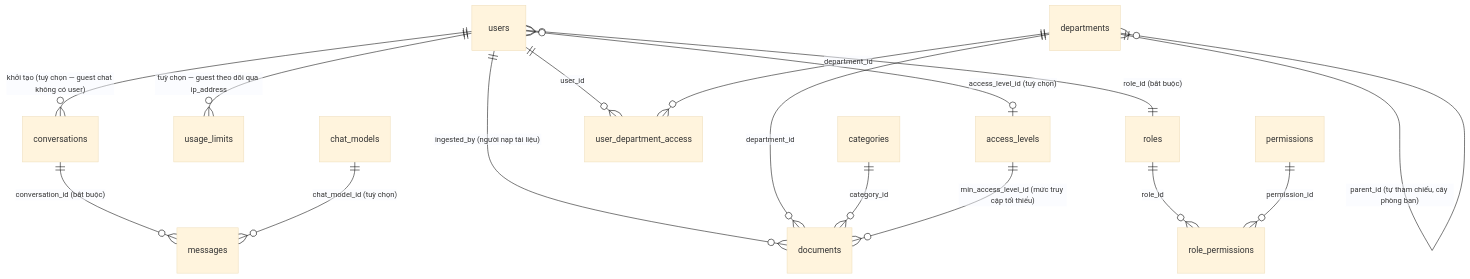
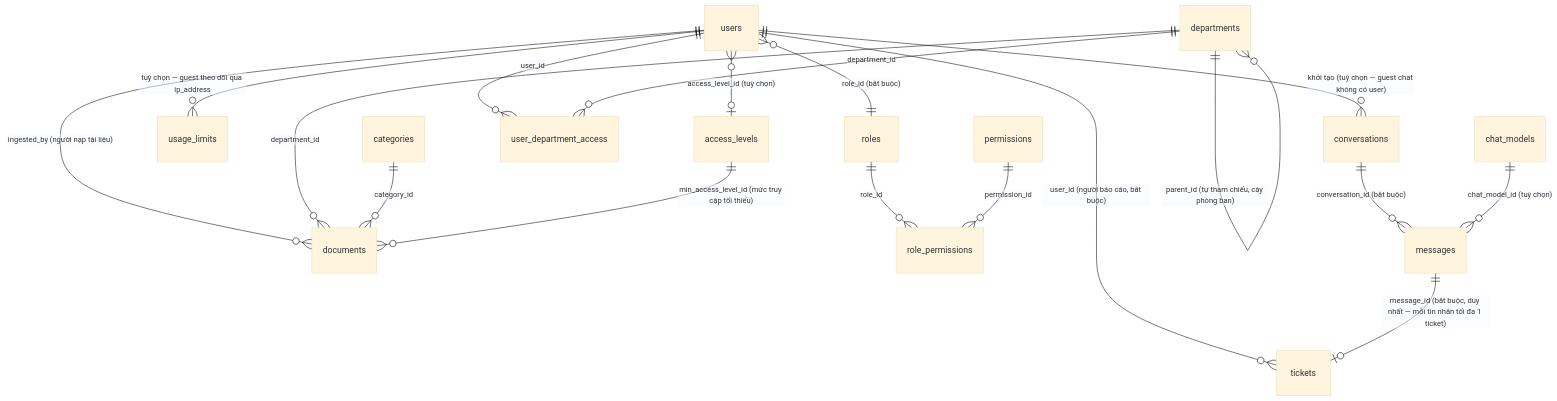
One commit to IUH-UniSage/unisage-backend changed the diagram in docs/design/0001-erd.md. Above: the diagram before and after it, drawn with Mermaid (base theme). The commit also changed other lines of this file and 25 other files, not shown here.

First line of the commit message:
feat(ticket): [UNISAGE-82] add support ticket API and message ticketId

````diff
--- a/docs/design/0001-erd.md
+++ b/docs/design/0001-erd.md
@@ -13,22 +13,25 @@
 ```mermaid
 erDiagram
     users ||--o{ conversations : "khởi tạo (tuỳ chọn — guest chat không có user)"
     users ||--o{ documents : "ingested_by (người nạp tài liệu)"
     users ||--o{ usage_limits : "tuỳ chọn — guest theo dõi qua ip_address"
     users }o--|| roles : "role_id (bắt buộc)"
     users }o--o| access_levels : "access_level_id (tuỳ chọn)"
     users ||--o{ user_department_access : "user_id"
 
     roles ||--o{ role_permissions : "role_id"
     permissions ||--o{ role_permissions : "permission_id"
 
     departments ||--o{ documents : "department_id"
     departments ||--o{ user_department_access : "department_id"
     departments ||--o{ departments : "parent_id (tự tham chiếu, cây phòng ban)"
 
     categories ||--o{ documents : "category_id"
     access_levels ||--o{ documents : "min_access_level_id (mức truy cập tối thiểu)"
 
     conversations ||--o{ messages : "conversation_id (bắt buộc)"
     chat_models ||--o{ messages : "chat_model_id (tuỳ chọn)"
+
+    users ||--o{ tickets : "user_id (người báo cáo, bắt buộc)"
+    messages ||--o| tickets : "message_id (bắt buộc, duy nhất — mỗi tin nhắn tối đa 1 ticket)"
 ```
````
